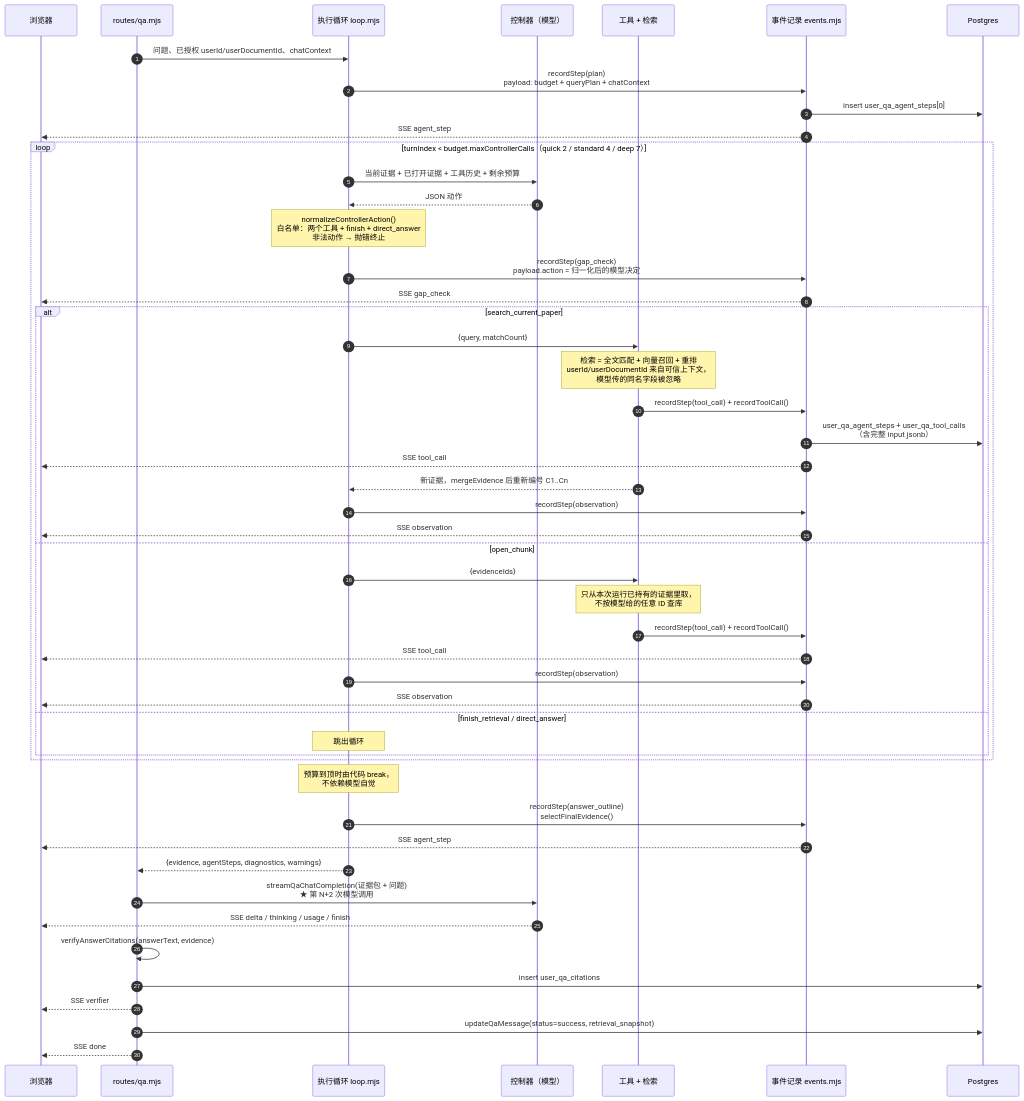
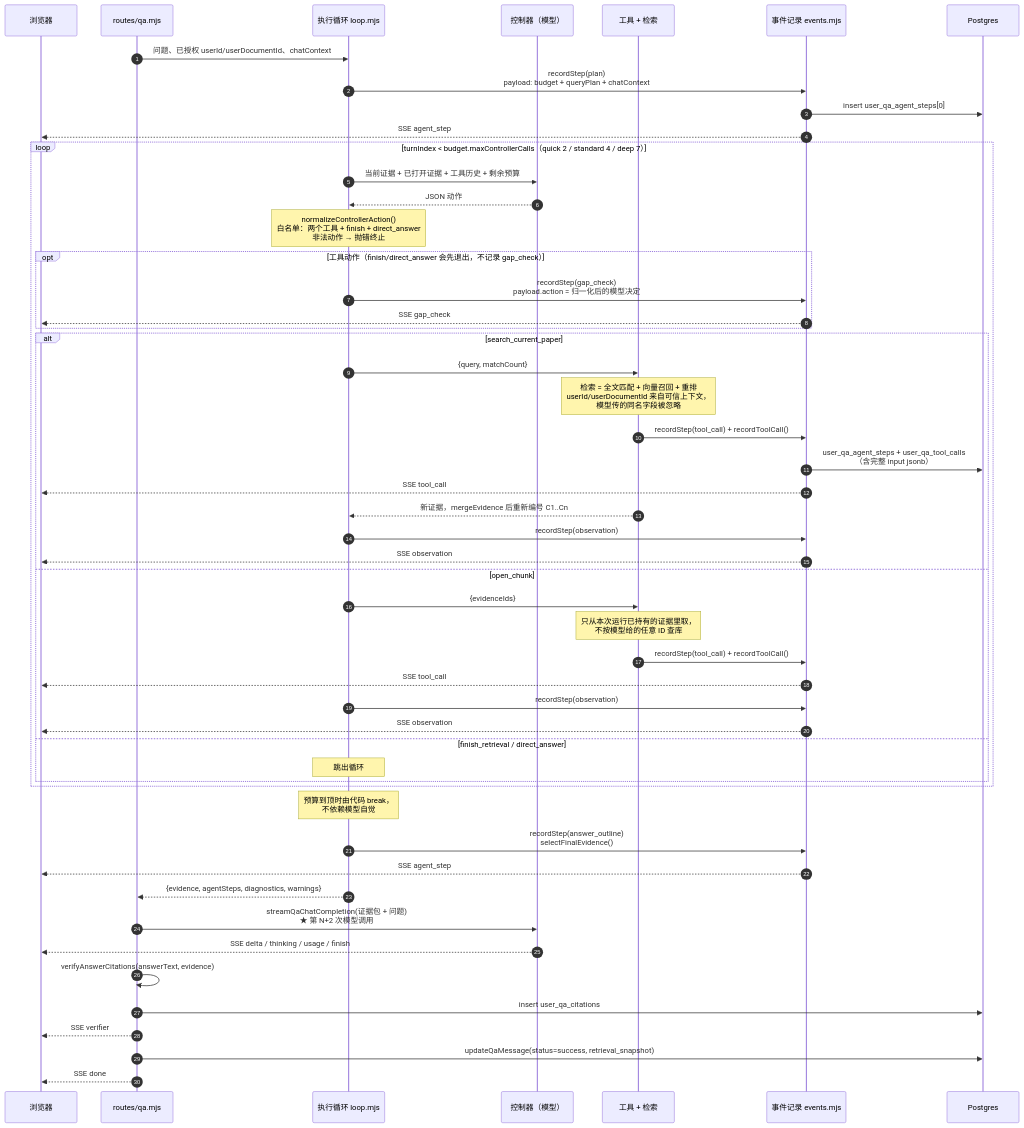
One commit to fenglinbei/pdf_translate_reader changed the second of 3 diagrams in docs/qa-request-flow.md. Above: the diagram before and after it, drawn with Mermaid. The commit also changed other lines of this file and 11 other files, not shown here.

````diff
--- a/docs/qa-request-flow.md
+++ b/docs/qa-request-flow.md
@@ -30,57 +32,59 @@
 ```mermaid
 sequenceDiagram
     autonumber
     participant B as 浏览器
     participant R as routes/qa.mjs
     participant L as 执行循环 loop.mjs
     participant M as 控制器（模型）
     participant T as 工具 + 检索
     participant E as 事件记录 events.mjs
     participant P as Postgres
 
     R->>L: 问题、已授权 userId/userDocumentId、chatContext
     L->>E: recordStep(plan)<br/>payload: budget + queryPlan + chatContext
     E->>P: insert user_qa_agent_steps[0]
     E-->>B: SSE agent_step
 
     loop turnIndex < budget.maxControllerCalls（quick 2 / standard 4 / deep 7）
         L->>M: 当前证据 + 已打开证据 + 工具历史 + 剩余预算
         M-->>L: JSON 动作
         Note over L: normalizeControllerAction()<br/>白名单：两个工具 + finish + direct_answer<br/>非法动作 → 抛错终止
-        L->>E: recordStep(gap_check)<br/>payload.action = 归一化后的模型决定
-        E-->>B: SSE gap_check
+        opt 工具动作（finish/direct_answer 会先退出，不记录 gap_check）
+            L->>E: recordStep(gap_check)<br/>payload.action = 归一化后的模型决定
+            E-->>B: SSE gap_check
+        end
 
         alt search_current_paper
             L->>T: {query, matchCount}
             Note over T: 检索 = 全文匹配 + 向量召回 + 重排<br/>userId/userDocumentId 来自可信上下文，<br/>模型传的同名字段被忽略
             T->>E: recordStep(tool_call) + recordToolCall()
             E->>P: user_qa_agent_steps + user_qa_tool_calls<br/>（含完整 input jsonb）
             E-->>B: SSE tool_call
             T-->>L: 新证据，mergeEvidence 后重新编号 C1..Cn
             L->>E: recordStep(observation)
             E-->>B: SSE observation
         else open_chunk
             L->>T: {evidenceIds}
             Note over T: 只从本次运行已持有的证据里取，<br/>不按模型给的任意 ID 查库
             T->>E: recordStep(tool_call) + recordToolCall()
             E-->>B: SSE tool_call
             L->>E: recordStep(observation)
             E-->>B: SSE observation
         else finish_retrieval / direct_answer
             Note over L: 跳出循环
         end
     end
 
     Note over L: 预算到顶时由代码 break，<br/>不依赖模型自觉
     L->>E: recordStep(answer_outline)<br/>selectFinalEvidence()
     E-->>B: SSE agent_step
     L-->>R: {evidence, agentSteps, diagnostics, warnings}
 
     R->>M: streamQaChatCompletion(证据包 + 问题)<br/>★ 第 N+2 次模型调用
     M-->>B: SSE delta / thinking / usage / finish
     R->>R: verifyAnswerCitations(answerText, evidence)
     R->>P: insert user_qa_citations
     R-->>B: SSE verifier
     R->>P: updateQaMessage(status=success, retrieval_snapshot)
     R-->>B: SSE done
 ```
````
